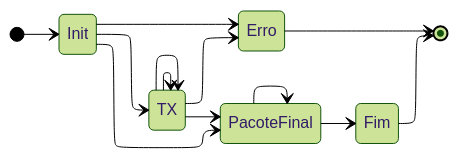
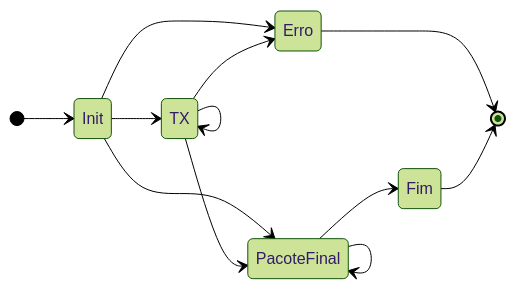
Before and after one commit to arthurcadore/open-tftp: the first of 2 diagrams in README.md, drawn with Mermaid (forest theme). The commit also changed other lines of this file, not shown here.

Commit message:
:sparkles: updated FSM

````diff
--- a/README.md
+++ b/README.md
@@ -42,20 +42,16 @@
 ```mermaid
----
-config:
-  layout: elk
----
 stateDiagram
   direction LR
   [*] --> Init
   Init --> TX
   Init --> Erro
   Init --> PacoteFinal
   TX --> Erro
   Erro --> [*]
   TX --> PacoteFinal
   TX --> TX
   TX --> TX
   PacoteFinal --> PacoteFinal
   PacoteFinal --> Fim
   Fim --> [*]
 ```
````
